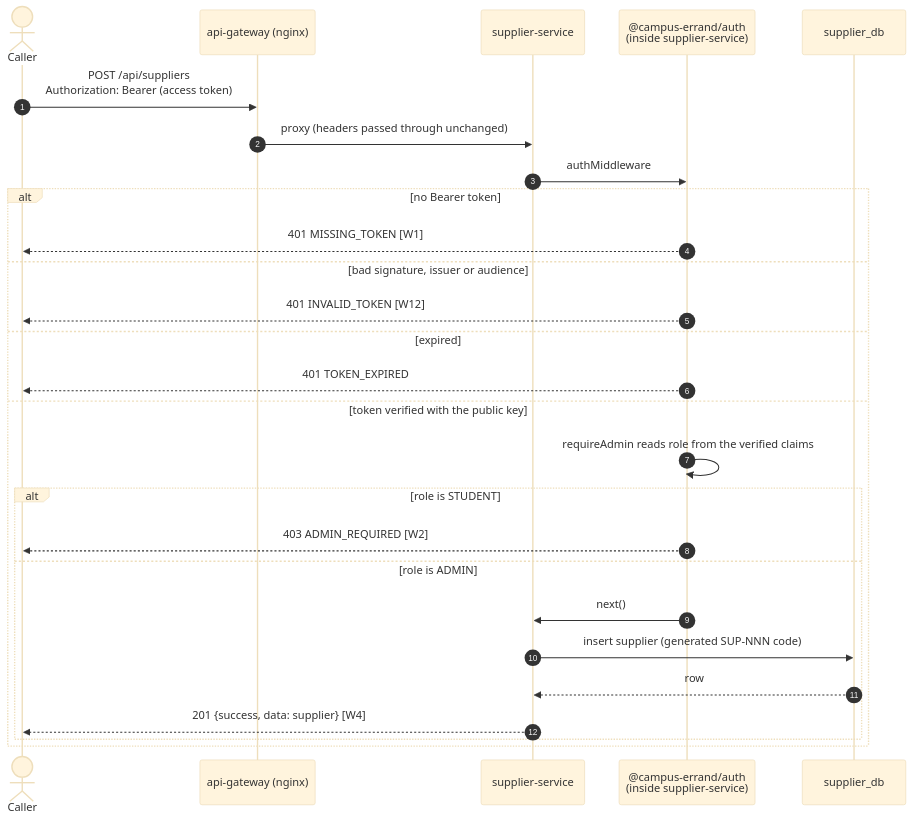
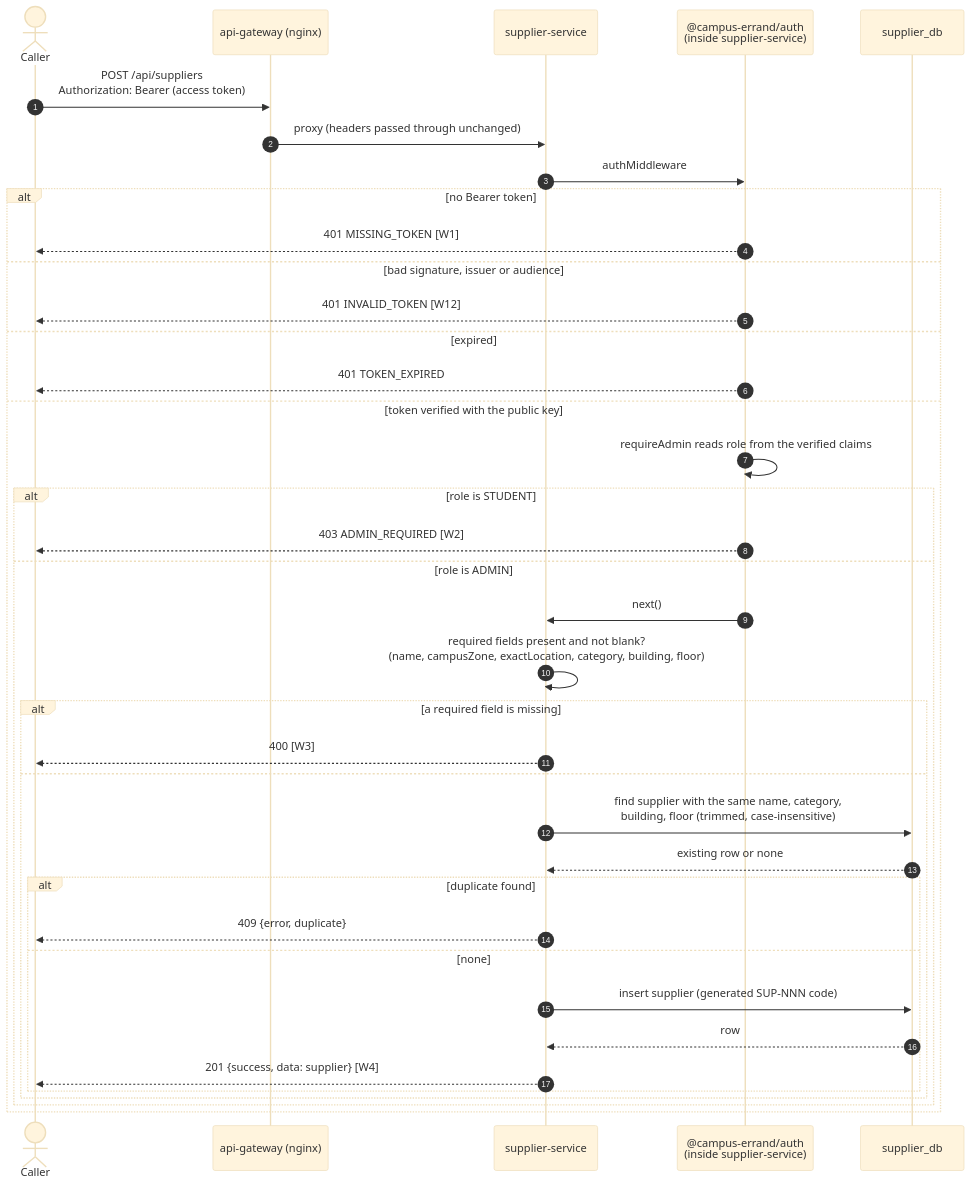
The second of 2 diagrams in docs/diagrams/auth-sequence.md (AY2627S1-CS3219-P25/friend-on-campus), drawn with Mermaid (base theme) before and after one commit. The commit also changed other lines of this file and 15 other files, not shown here.

First line of the commit message:
docs: PlantUML twins for every diagram, legends, and post-#93 overview facts

````diff
--- a/docs/diagrams/auth-sequence.md
+++ b/docs/diagrams/auth-sequence.md
@@ -50,30 +60,41 @@
 ```mermaid
 sequenceDiagram
   autonumber
   actor U as Caller
   participant GW as api-gateway (nginx)
   participant SS as supplier-service
   participant MW as @campus-errand/auth<br/>(inside supplier-service)
   participant DB as supplier_db
 
   U->>GW: POST /api/suppliers<br/>Authorization: Bearer (access token)
   GW->>SS: proxy (headers passed through unchanged)
   SS->>MW: authMiddleware
   alt no Bearer token
     MW-->>U: 401 MISSING_TOKEN [W1]
   else bad signature, issuer or audience
     MW-->>U: 401 INVALID_TOKEN [W12]
   else expired
     MW-->>U: 401 TOKEN_EXPIRED
   else token verified with the public key
     MW->>MW: requireAdmin reads role from the verified claims
     alt role is STUDENT
       MW-->>U: 403 ADMIN_REQUIRED [W2]
     else role is ADMIN
       MW->>SS: next()
-      SS->>DB: insert supplier (generated SUP-NNN code)
-      DB-->>SS: row
-      SS-->>U: 201 {success, data: supplier} [W4]
+      SS->>SS: required fields present and not blank?<br/>(name, campusZone, exactLocation, category, building, floor)
+      alt a required field is missing
+        SS-->>U: 400 [W3]
+      else
+        SS->>DB: find supplier with the same name, category,<br/>building, floor (trimmed, case-insensitive)
+        DB-->>SS: existing row or none
+        alt duplicate found
+          SS-->>U: 409 {error, duplicate}
+        else none
+          SS->>DB: insert supplier (generated SUP-NNN code)
+          DB-->>SS: row
+          SS-->>U: 201 {success, data: supplier} [W4]
+        end
+      end
     end
   end
 ```
````
